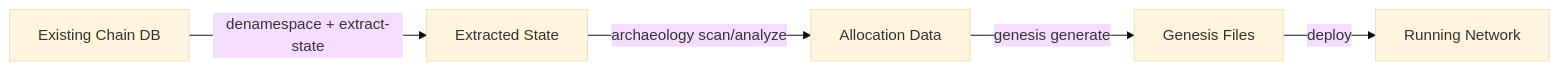
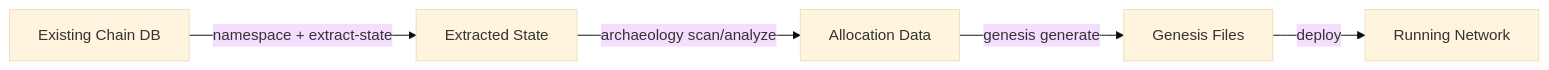
Before and after one commit to luxfi/state: the diagram in docs/PIPELINE.md, drawn with Mermaid (base theme). The commit also changed other lines of this file and 50 other files, not shown here.

````diff
--- a/docs/PIPELINE.md
+++ b/docs/PIPELINE.md
@@ -3,7 +3,7 @@
 ```mermaid
 flowchart LR
-  PDB[Existing Chain DB] -->|denamespace + extract-state| EX[Extracted State]
+  PDB[Existing Chain DB] -->|namespace + extract-state| EX[Extracted State]
   EX -->|archaeology scan/analyze| ALLOC[Allocation Data]
   ALLOC -->|genesis generate| GEN[Genesis Files]
   GEN -->|deploy| NET[Running Network]
 ```
````
